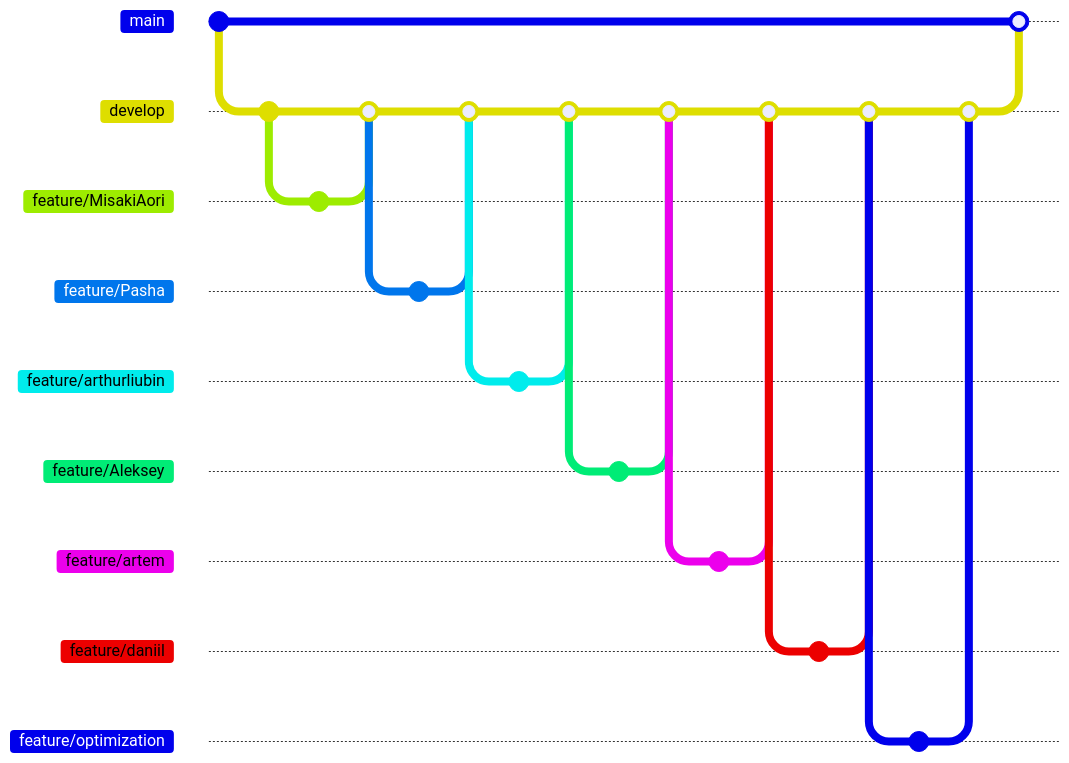
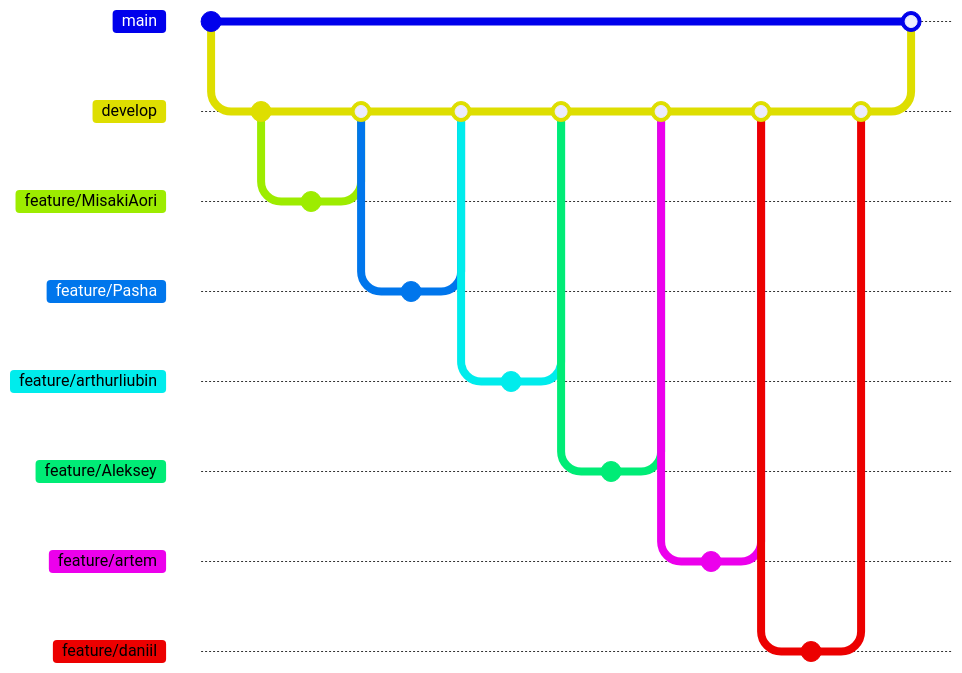
Before and after one commit to topichic/Fish-meat: the diagram in README.md, drawn with Mermaid. Commit ids are hidden.

````diff
--- a/README.md
+++ b/README.md
@@ -63,52 +63,46 @@
 ```mermaid
 gitGraph
     commit
     branch develop
     checkout develop
     commit
     
     branch feature/MisakiAori
     checkout feature/MisakiAori
     commit
     checkout develop
     merge feature/MisakiAori
     
     branch feature/Pasha
     checkout feature/Pasha
     commit
     checkout develop
     merge feature/Pasha
     
     branch feature/arthurliubin
     checkout feature/arthurliubin
     commit
     checkout develop
     merge feature/arthurliubin
     
     branch feature/Aleksey
     checkout feature/Aleksey
     commit
     checkout develop
     merge feature/Aleksey
     
     branch feature/artem
     checkout feature/artem
     commit
     checkout develop
     merge feature/artem
     
     branch feature/daniil
     checkout feature/daniil
     commit
     checkout develop
     merge feature/daniil
     
-    branch feature/optimization
-    checkout feature/optimization
-    commit
-    checkout develop
-    merge feature/optimization
-    
     checkout main
     merge develop
 ```
````
